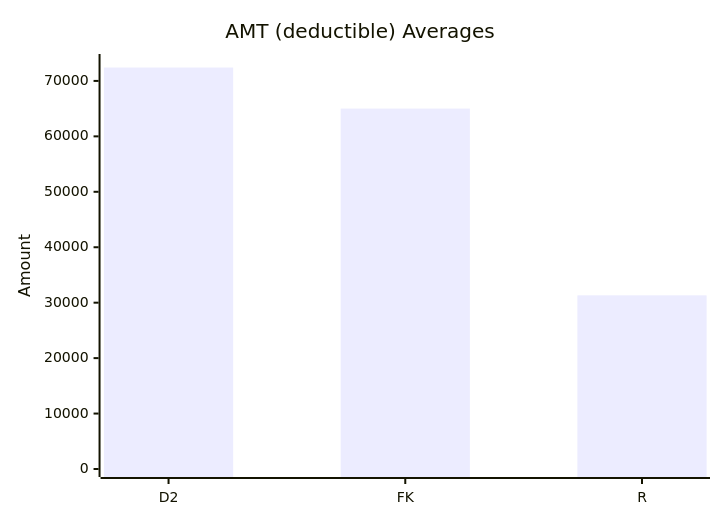
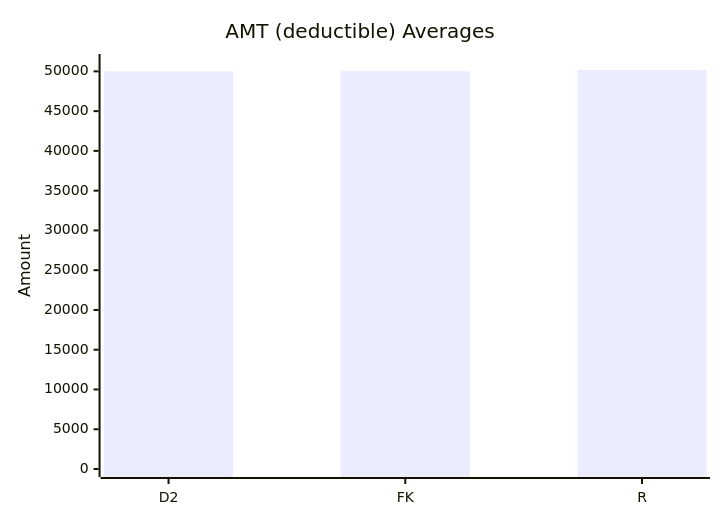
Before and after one commit to dhagan-va/intern-2025: the ninth of 10 diagrams in test-tools/DataGen/src/Statistics_Visualizer.md, drawn with Mermaid. The commit also changed other lines of this file and 2 other files, not shown here.

````diff
--- a/test-tools/DataGen/src/Statistics_Visualizer.md
+++ b/test-tools/DataGen/src/Statistics_Visualizer.md
@@ -95,7 +95,7 @@
 ```mermaid
 xychart-beta
     title "AMT (deductible) Averages"
     x-axis ["D2", "FK", "R"]
-    y-axis "Amount" 0 --> 73412.6
-    bar [72412.6, 65015.0, 31323.4]
+    y-axis "Amount" 0 --> 51179.05252267324
+    bar [50006.73569164392, 50023.154067975694, 50179.05252267324]
 ```
````
